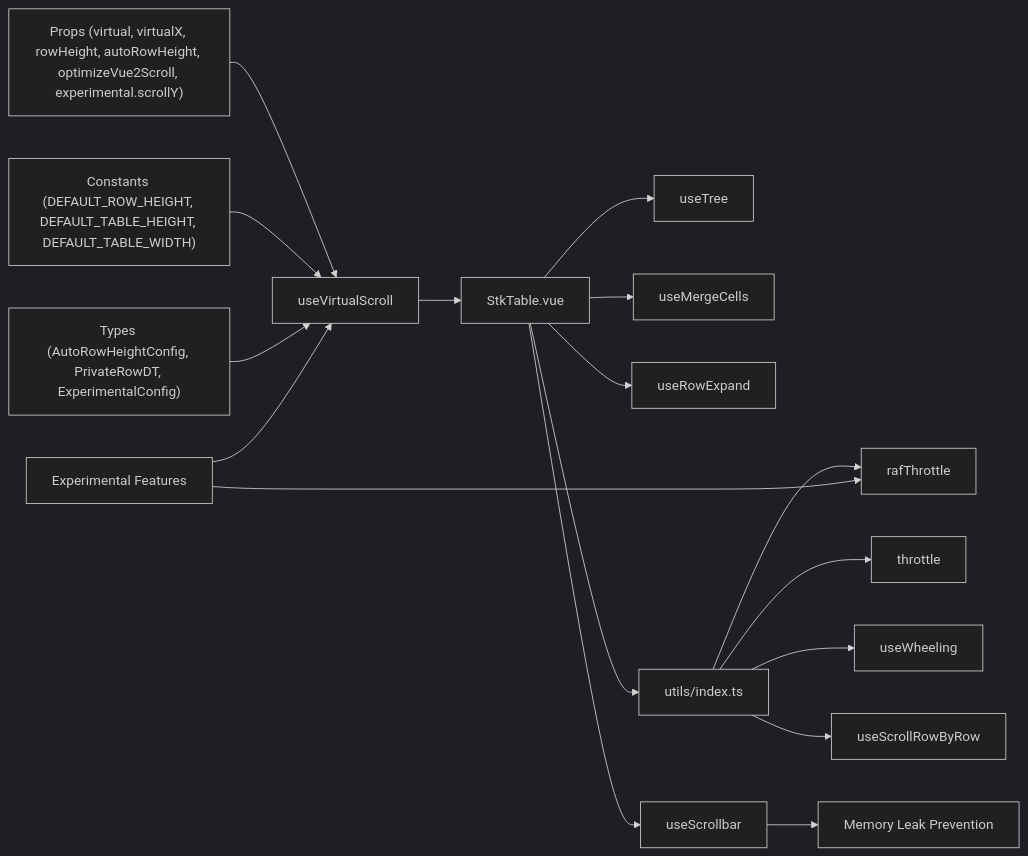
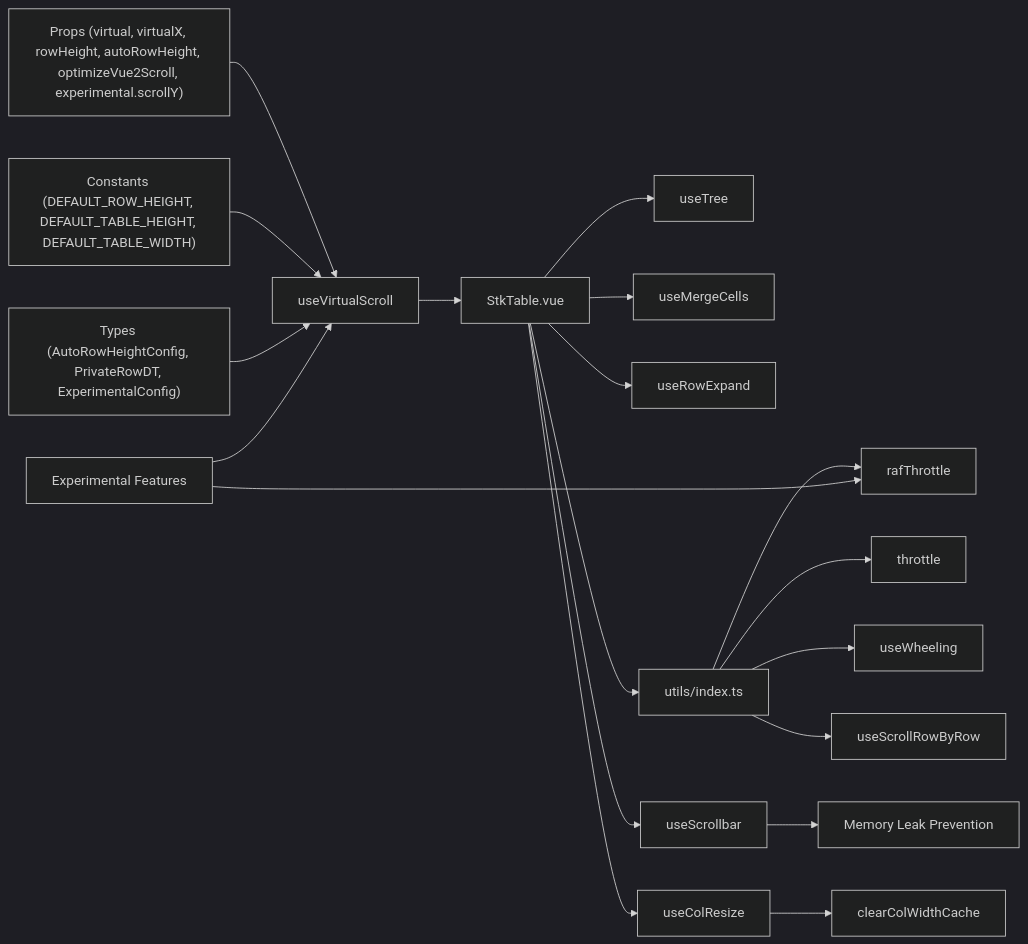
One commit to ja-plus/stk-table-vue changed the sixth of 6 diagrams in .qoder/repowiki/en/content/Core Concepts/Virtual Scrolling/Virtual Scroll Configuration.md. Above: the diagram before and after it, drawn with Mermaid (dark theme). The commit also changed other lines of this file and 7 other files, not shown here.

````diff
--- a/.qoder/repowiki/en/content/Core Concepts/Virtual Scrolling/Virtual Scroll Configuration.md
+++ b/.qoder/repowiki/en/content/Core Concepts/Virtual Scrolling/Virtual Scroll Configuration.md
@@ -451,19 +485,21 @@
 ```mermaid
 graph LR
 Props["Props (virtual, virtualX, rowHeight, autoRowHeight, optimizeVue2Scroll, experimental.scrollY)"] --> Hook["useVirtualScroll"]
 Const["Constants (DEFAULT_ROW_HEIGHT, DEFAULT_TABLE_HEIGHT, DEFAULT_TABLE_WIDTH)"] --> Hook
 Types["Types (AutoRowHeightConfig, PrivateRowDT, ExperimentalConfig)"] --> Hook
 Hook --> Table["StkTable.vue"]
 Table --> Tree["useTree"]
 Table --> Merge["useMergeCells"]
 Table --> Expand["useRowExpand"]
 Table --> Utils["utils/index.ts"]
 Table --> Scrollbar["useScrollbar"]
+Table --> ColResize["useColResize"]
+ColResize --> ClearCache["clearColWidthCache"]
 Utils --> RAF["rafThrottle"]
 Utils --> THROTTLE["throttle"]
 Utils --> WHEELING["useWheeling"]
 Utils --> SRBR["useScrollRowByRow"]
 Scrollbar --> CLEANUP["Memory Leak Prevention"]
 Experimental["Experimental Features"] --> Hook
 Experimental --> RAF
 ```
````
